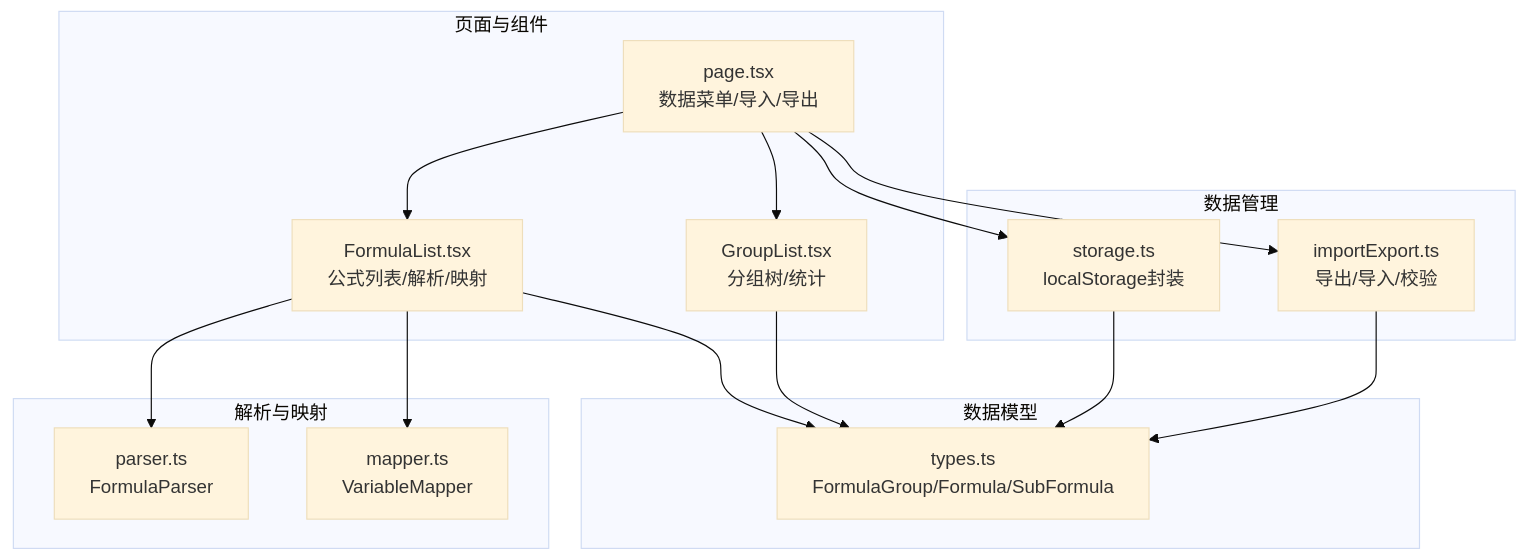
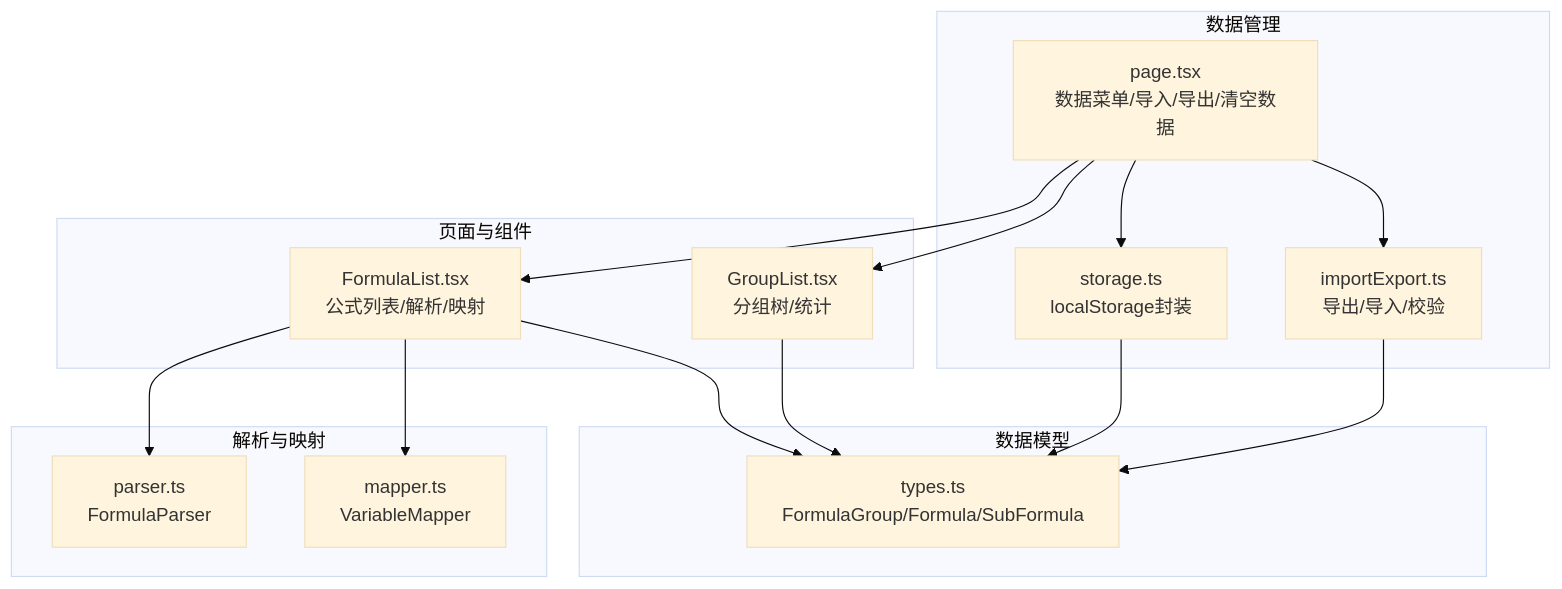
Before and after one commit to steveyu2/formula-mapper: the first of 7 diagrams in .qoder/repowiki/zh/content/用户指南/数据管理/数据管理.md, drawn with Mermaid (base theme). The commit also changed other lines of this file and 3 other files, not shown here.

````diff
--- a/.qoder/repowiki/zh/content/用户指南/数据管理/数据管理.md
+++ b/.qoder/repowiki/zh/content/用户指南/数据管理/数据管理.md
@@ -46,29 +53,29 @@
 ```mermaid
 graph TB
 subgraph "数据模型"
 T["types.ts<br/>FormulaGroup/Formula/SubFormula"]
 end
 subgraph "数据管理"
 IE["importExport.ts<br/>导出/导入/校验"]
 ST["storage.ts<br/>localStorage封装"]
+END["page.tsx<br/>数据菜单/导入/导出/清空数据"]
 end
 subgraph "页面与组件"
-PG["page.tsx<br/>数据菜单/导入/导出"]
 GL["GroupList.tsx<br/>分组树/统计"]
 FL["FormulaList.tsx<br/>公式列表/解析/映射"]
 end
 subgraph "解析与映射"
 PR["parser.ts<br/>FormulaParser"]
 MP["mapper.ts<br/>VariableMapper"]
 end
-PG --> IE
-PG --> ST
-PG --> GL
-PG --> FL
+END --> IE
+END --> ST
+END --> GL
+END --> FL
 FL --> PR
 FL --> MP
 IE --> T
 ST --> T
 GL --> T
 FL --> T
 ```
````
